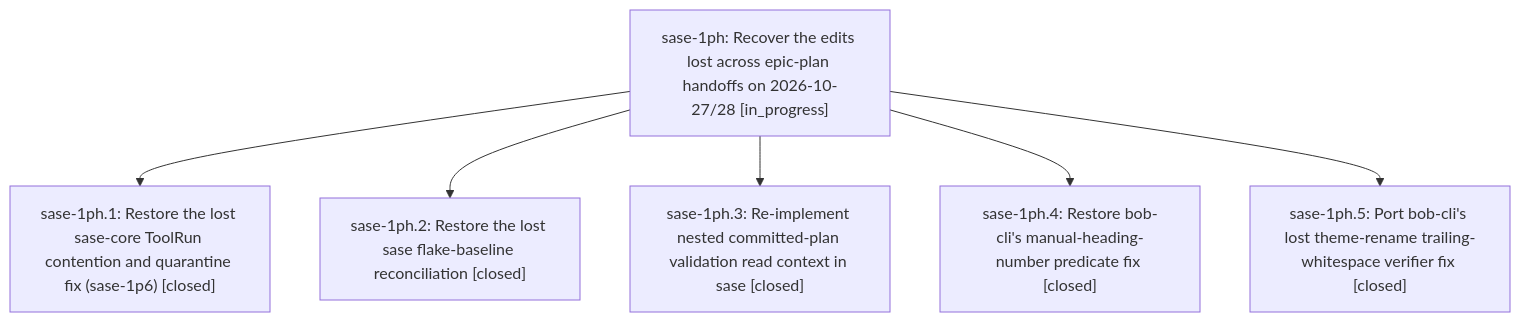
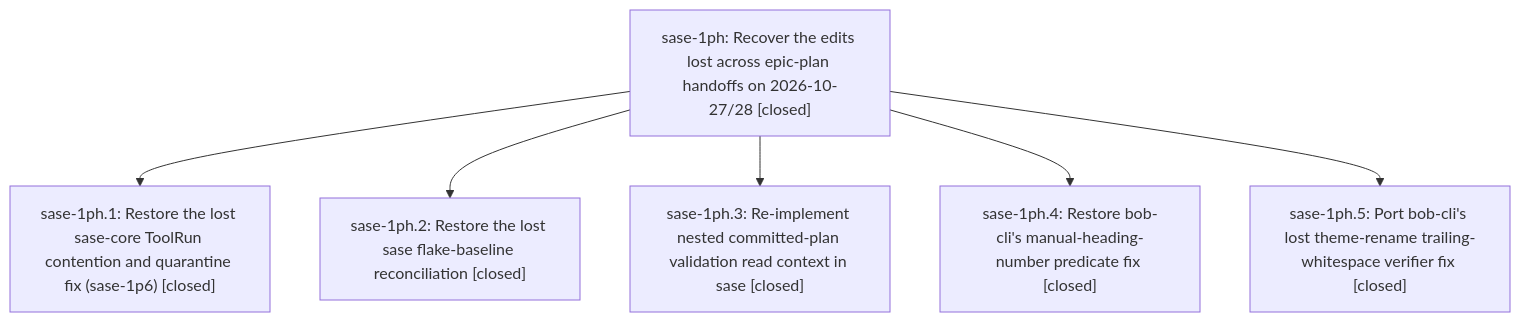
Before and after one commit to sase-org/sase--beads: the diagram in pages/sase-1ph/README.md, drawn with Mermaid. The commit also changed other lines of this file and 1 other file, not shown here.

First line of the commit message:
chore(beads): sync bead state and pages for sase-1ph

````diff
--- a/pages/sase-1ph/README.md
+++ b/pages/sase-1ph/README.md
@@ -40,14 +44,14 @@
 ```mermaid
 flowchart TD
-    n0["sase-1ph: Recover the edits lost across epic-plan handoffs on 2026-10-27/28 [in_progress]"]
+    n0["sase-1ph: Recover the edits lost across epic-plan handoffs on 2026-10-27/28 [closed]"]
     n1["sase-1ph.1: Restore the lost sase-core ToolRun contention and quarantine fix (sase-1p6) [closed]"]
     n2["sase-1ph.2: Restore the lost sase flake-baseline reconciliation [closed]"]
     n3["sase-1ph.3: Re-implement nested committed-plan validation read context in sase [closed]"]
     n4["sase-1ph.4: Restore bob-cli's manual-heading-number predicate fix [closed]"]
     n5["sase-1ph.5: Port bob-cli's lost theme-rename trailing-whitespace verifier fix [closed]"]
     n0 --> n1
     n0 --> n2
     n0 --> n3
     n0 --> n4
     n0 --> n5
 ```
````
